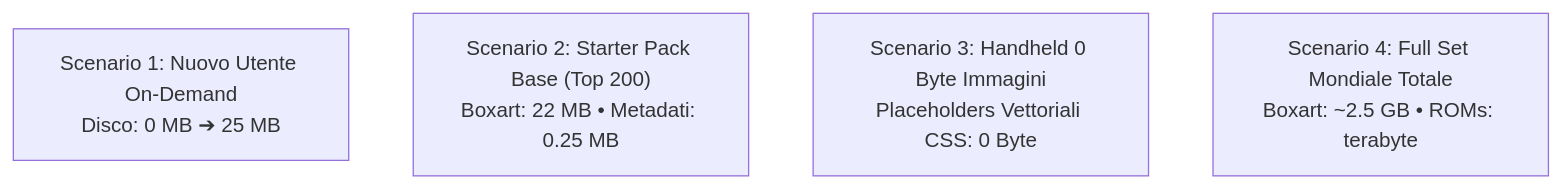
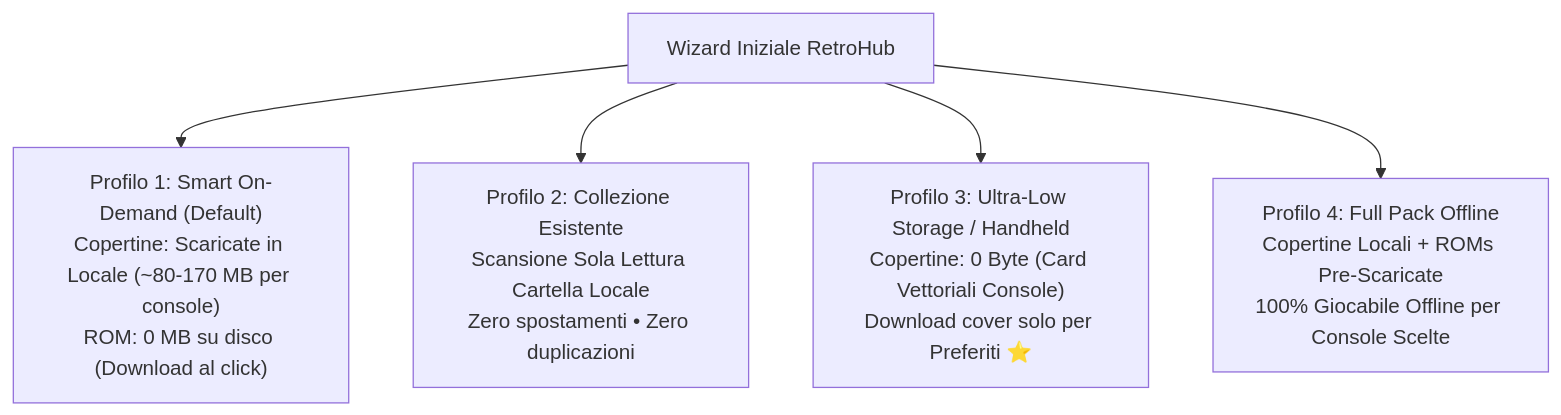
One commit to boobaGreen/launcher_game changed the diagram in docs/STIME_STORAGE_PIATTAFORME_IMMAGINI.md. Above: the diagram before and after it, drawn with Mermaid. The commit also changed other lines of this file and 4 other files, not shown here.

Commit message:
docs: formalize golden storage rule (unlocked platforms = local covers + on-demand roms), update 4 wizard profiles and mame 1g1r specs

````diff
--- a/docs/STIME_STORAGE_PIATTAFORME_IMMAGINI.md
+++ b/docs/STIME_STORAGE_PIATTAFORME_IMMAGINI.md
@@ -68,7 +96,8 @@
 ```mermaid
 flowchart TD
-    S1["Scenario 1: Nuovo Utente On-Demand<br>Disco: 0 MB ➔ 25 MB"]
-    S2["Scenario 2: Starter Pack Base (Top 200)<br>Boxart: 22 MB • Metadati: 0.25 MB"]
-    S3["Scenario 3: Handheld 0 Byte Immagini<br>Placeholders Vettoriali CSS: 0 Byte"]
-    S4["Scenario 4: Full Set Mondiale Totale<br>Boxart: ~2.5 GB • ROMs: terabyte"]
+    W["Wizard Iniziale RetroHub"]
+    W --> P1["Profilo 1: Smart On-Demand (Default)<br>Copertine: Scaricate in Locale (~80-170 MB per console)<br>ROM: 0 MB su disco (Download al click)"]
+    W --> P2["Profilo 2: Collezione Esistente<br>Scansione Sola Lettura Cartella Locale<br>Zero spostamenti • Zero duplicazioni"]
+    W --> P3["Profilo 3: Ultra-Low Storage / Handheld<br>Copertine: 0 Byte (Card Vettoriali Console)<br>Download cover solo per Preferiti ⭐"]
+    W --> P4["Profilo 4: Full Pack Offline<br>Copertine Locali + ROMs Pre-Scaricate<br>100% Giocabile Offline per Console Scelte"]
 ```
````
